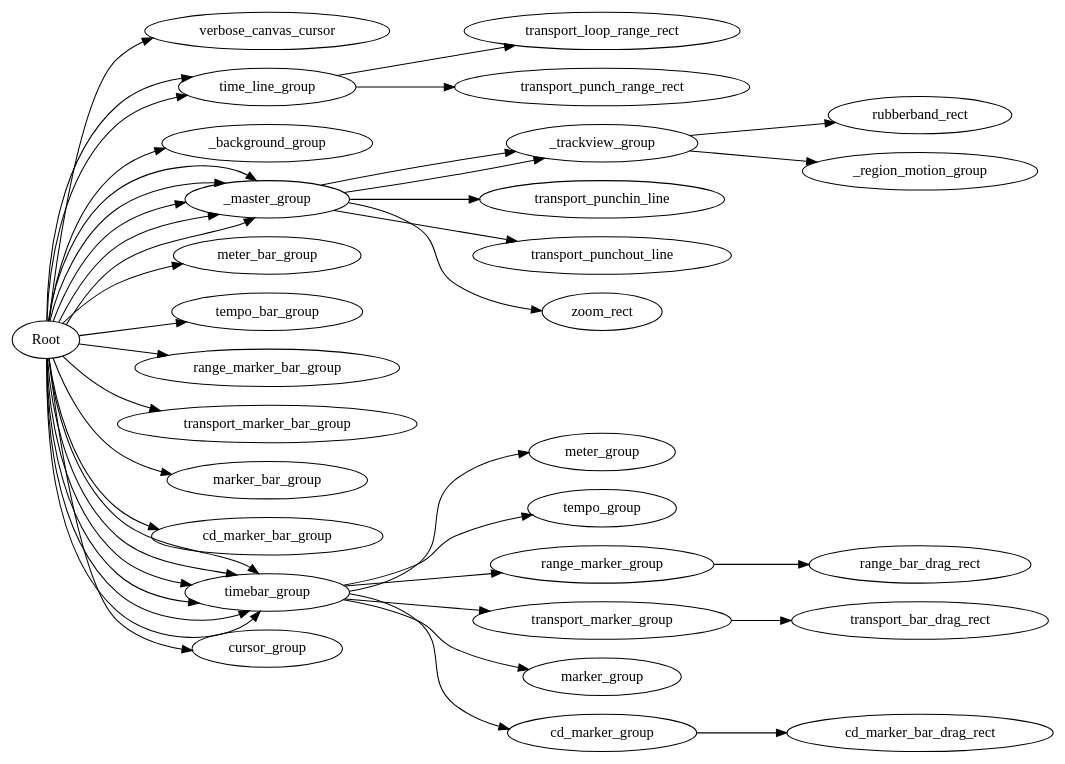
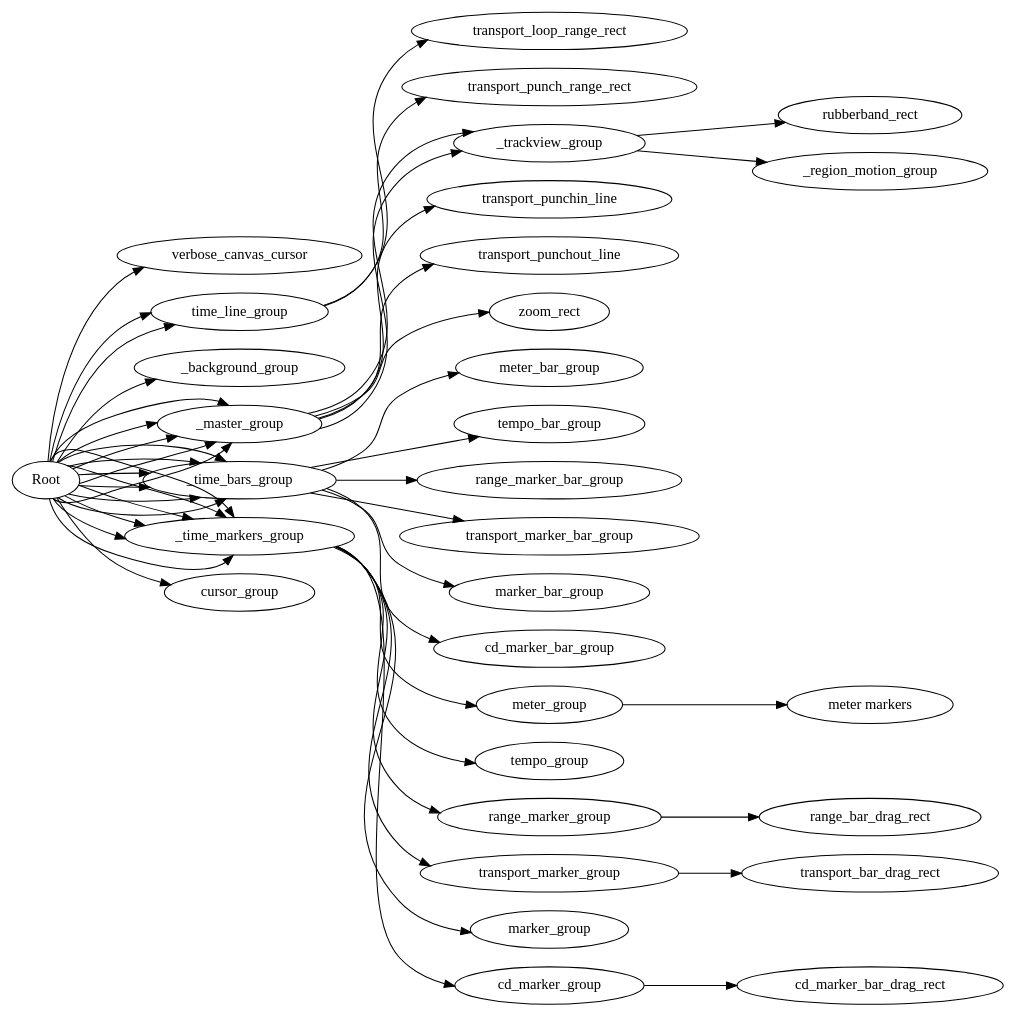
One commit to cth103/ardour-cth103 changed the diagram in libs/canvas/doc/ardour.dot. Above: the diagram before and after it, drawn with Graphviz. The commit also changed 1 other file, not shown here.

```diff
--- a/libs/canvas/doc/ardour.dot
+++ b/libs/canvas/doc/ardour.dot
@@ -1,27 +1,28 @@
 digraph G {
 
 rankdir = LR
+
 Root -> verbose_canvas_cursor
 Root -> time_line_group -> transport_loop_range_rect
 Root -> time_line_group -> transport_punch_range_rect
 Root -> _background_group
 Root -> _master_group -> _trackview_group -> rubberband_rect
 Root -> _master_group -> _trackview_group -> _region_motion_group
 Root -> _master_group -> transport_punchin_line
 Root -> _master_group -> transport_punchout_line
 Root -> _master_group -> zoom_rect
-Root -> meter_bar_group
-Root -> tempo_bar_group
-Root -> range_marker_bar_group
-Root -> transport_marker_bar_group
-Root -> marker_bar_group
-Root -> cd_marker_bar_group
-Root -> timebar_group -> meter_group
-Root -> timebar_group -> tempo_group
-Root -> timebar_group -> range_marker_group -> range_bar_drag_rect
-Root -> timebar_group -> transport_marker_group -> transport_bar_drag_rect
-Root -> timebar_group -> marker_group
-Root -> timebar_group -> cd_marker_group -> cd_marker_bar_drag_rect
+Root -> _time_bars_group -> meter_bar_group
+Root -> _time_bars_group -> tempo_bar_group
+Root -> _time_bars_group -> range_marker_bar_group
+Root -> _time_bars_group -> transport_marker_bar_group
+Root -> _time_bars_group -> marker_bar_group
+Root -> _time_bars_group -> cd_marker_bar_group
+Root -> _time_markers_group -> meter_group -> "meter markers"
+Root -> _time_markers_group -> tempo_group
+Root -> _time_markers_group -> range_marker_group -> range_bar_drag_rect
+Root -> _time_markers_group -> transport_marker_group -> transport_bar_drag_rect
+Root -> _time_markers_group -> marker_group
+Root -> _time_markers_group -> cd_marker_group -> cd_marker_bar_drag_rect
 Root -> cursor_group
      	       
 }
```
